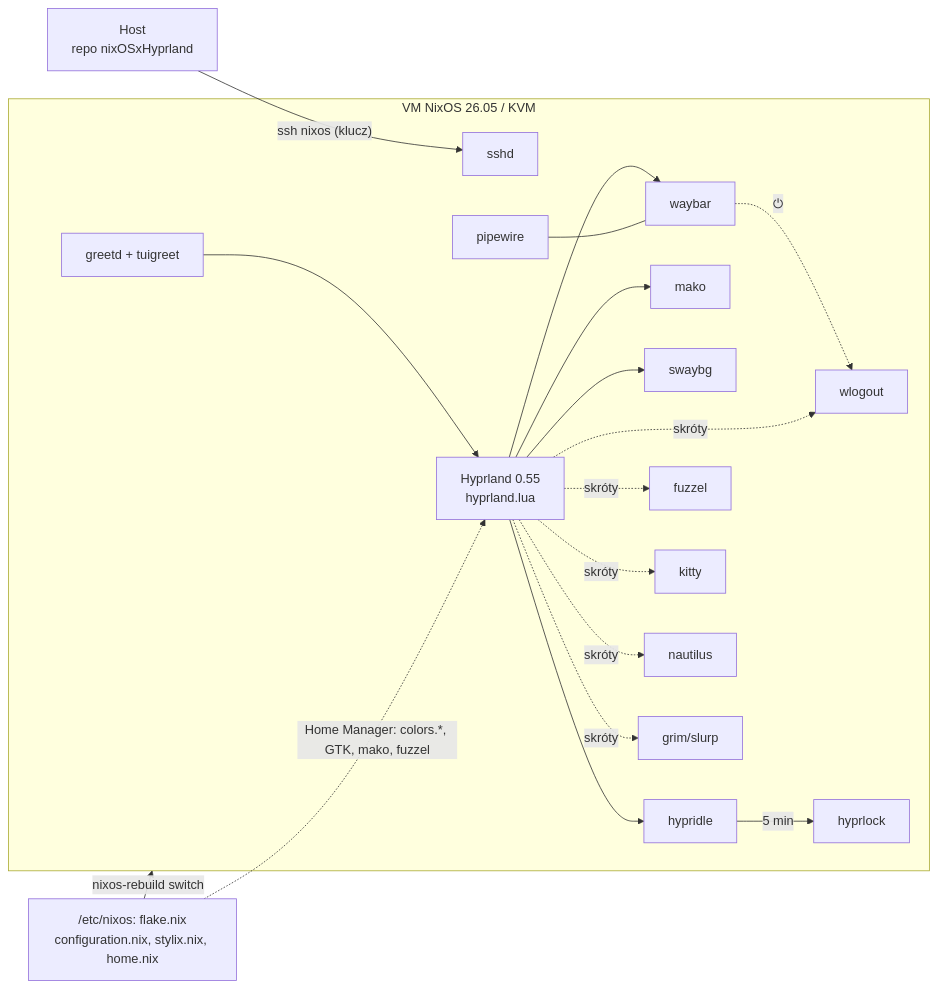
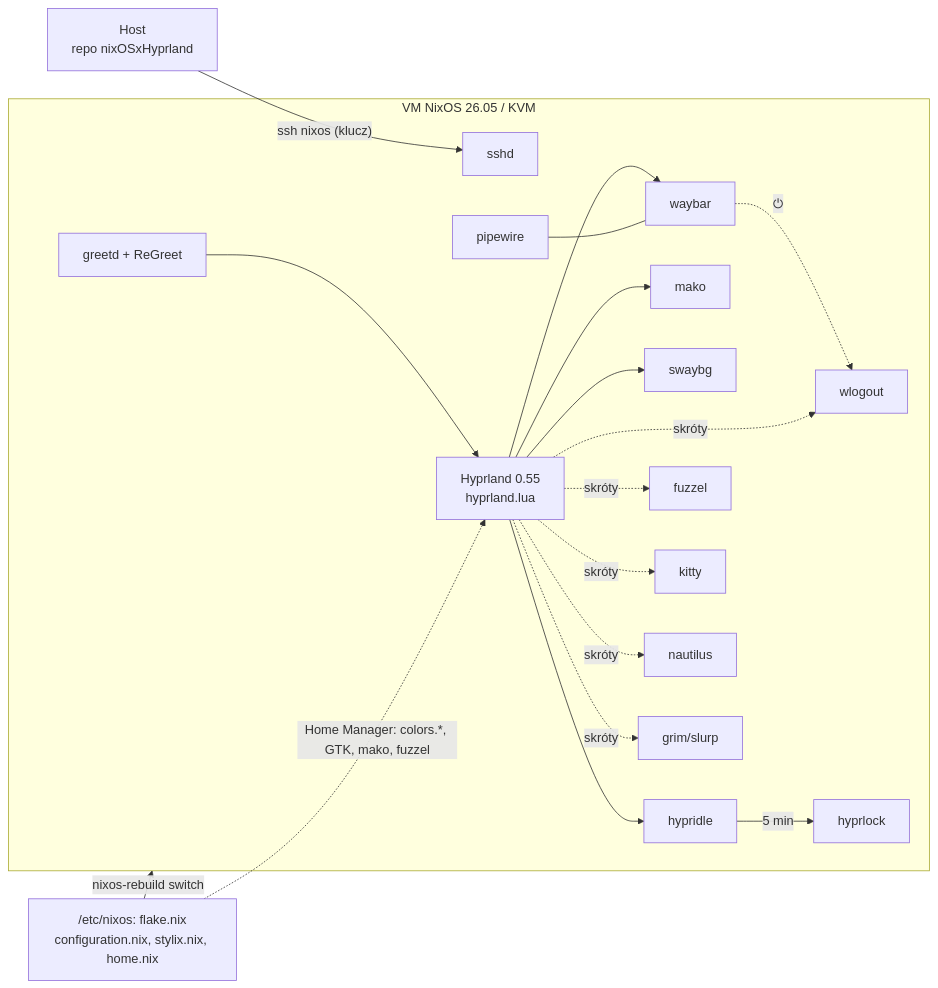
One commit to LaNk314/nixOSxHyprland changed the diagram in README.md. Above: the diagram before and after it, drawn with Mermaid. The commit also changed other lines of this file and 3 other files, not shown here.

````diff
--- a/README.md
+++ b/README.md
@@ -43,15 +44,15 @@
 ```mermaid
 flowchart LR
     host[Host<br/>repo nixOSxHyprland] -- "ssh nixos (klucz)" --> sshd
     subgraph VM [VM NixOS 26.05 / KVM]
         sshd[sshd]
-        greetd[greetd + tuigreet] --> hypr[Hyprland 0.55<br/>hyprland.lua]
+        greetd[greetd + ReGreet] --> hypr[Hyprland 0.55<br/>hyprland.lua]
         hypr --> waybar & mako & swaybg & hypridle
         waybar -. ⏻ .-> wlogout
         hypridle -- 5 min --> hyprlock
         hypr -. skróty .-> fuzzel & kitty & nautilus & grim[grim/slurp] & wlogout
         pw[pipewire] --- waybar
     end
     cfg["/etc/nixos: flake.nix<br/>configuration.nix, stylix.nix, home.nix"] -- nixos-rebuild switch --> VM
     cfg -. "Home Manager: colors.*, GTK, mako, fuzzel" .-> hypr
 ```
````
